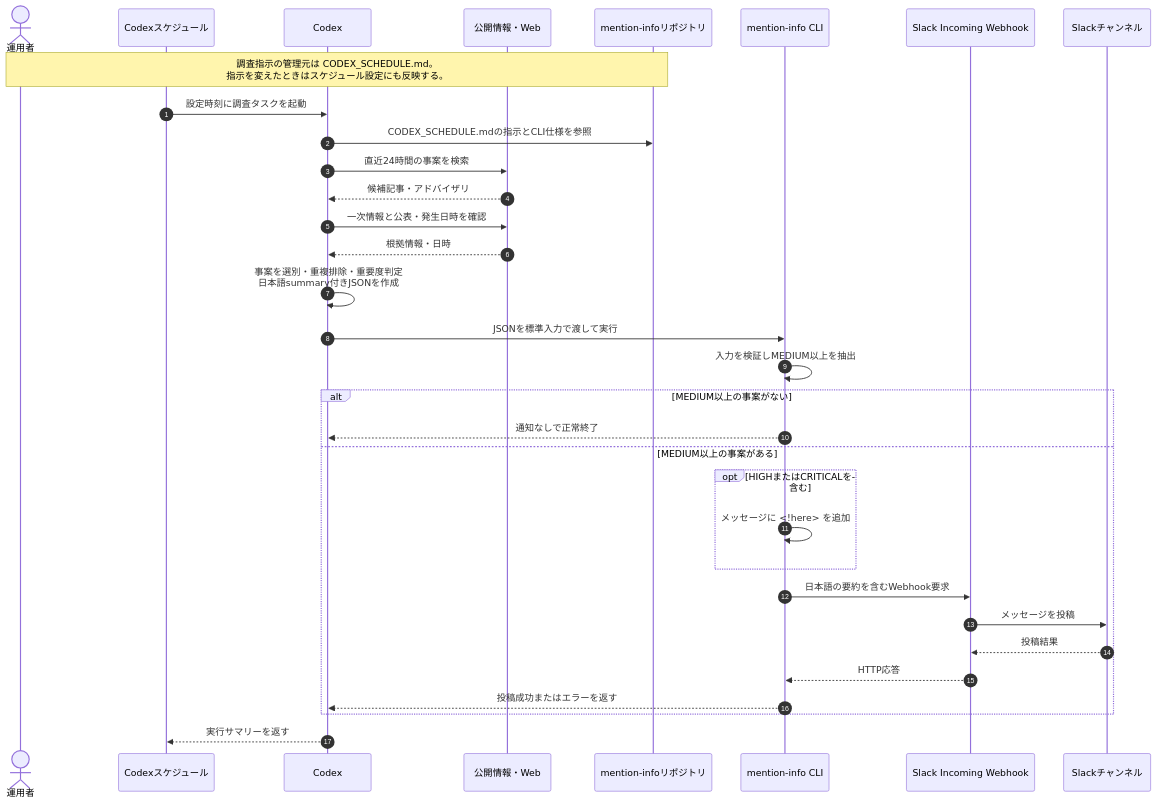
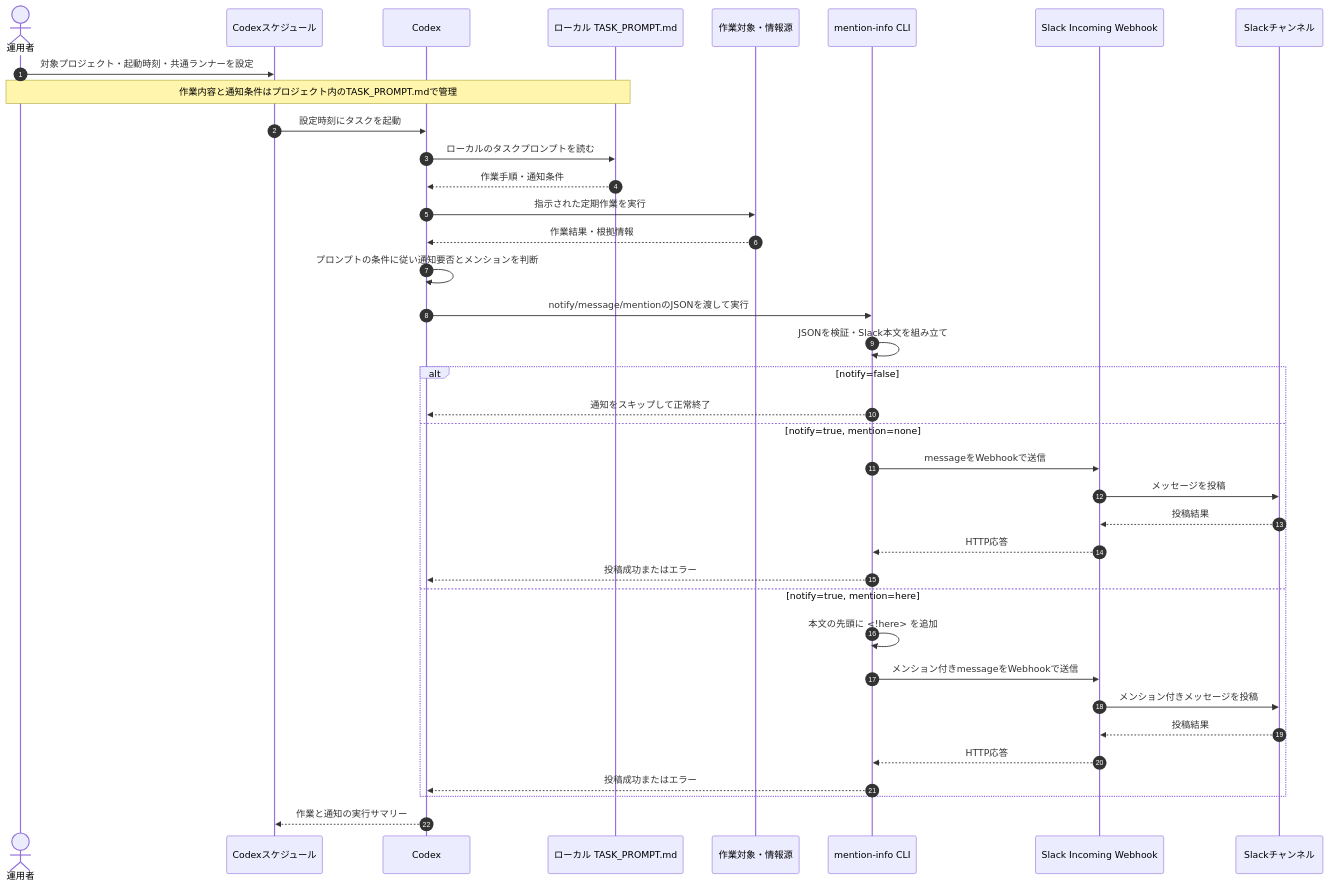
One commit to rchaser53/mention-info changed the diagram in docs/sequence.md. Above: the diagram before and after it, drawn with Mermaid. The commit also changed other lines of this file and 4 other files, not shown here.

Commit message:
generalize scheduled prompt and Slack relay

````diff
--- a/docs/sequence.md
+++ b/docs/sequence.md
@@ -5,36 +5,40 @@
 ```mermaid
 sequenceDiagram
     autonumber
     actor Operator as 運用者
-    participant Scheduler as Codexスケジュール
+    participant Cron as Codexスケジュール
     participant Codex as Codex
-    participant Web as 公開情報・Web
-    participant Repo as mention-infoリポジトリ
+    participant Prompt as ローカル TASK_PROMPT.md
+    participant Work as 作業対象・情報源
     participant CLI as mention-info CLI
     participant Hook as Slack Incoming Webhook
     participant Slack as Slackチャンネル
 
-    Note over Operator,Repo: 調査指示の管理元は CODEX_SCHEDULE.md。<br/>指示を変えたときはスケジュール設定にも反映する。
-    Scheduler->>Codex: 設定時刻に調査タスクを起動
-    Codex->>Repo: CODEX_SCHEDULE.mdの指示とCLI仕様を参照
-    Codex->>Web: 直近24時間の事案を検索
-    Web-->>Codex: 候補記事・アドバイザリ
-    Codex->>Web: 一次情報と公表・発生日時を確認
-    Web-->>Codex: 根拠情報・日時
-    Codex->>Codex: 事案を選別・重複排除・重要度判定<br/>日本語summary付きJSONを作成
-    Codex->>CLI: JSONを標準入力で渡して実行
-    CLI->>CLI: 入力を検証しMEDIUM以上を抽出
-    alt MEDIUM以上の事案がない
-        CLI-->>Codex: 通知なしで正常終了
-    else MEDIUM以上の事案がある
-        opt HIGHまたはCRITICALを含む
-            CLI->>CLI: メッセージに <!here> を追加
-        end
-        CLI->>Hook: 日本語の要約を含むWebhook要求
+    Operator->>Cron: 対象プロジェクト・起動時刻・共通ランナーを設定
+    Note over Operator,Prompt: 作業内容と通知条件はプロジェクト内のTASK_PROMPT.mdで管理
+    Cron->>Codex: 設定時刻にタスクを起動
+    Codex->>Prompt: ローカルのタスクプロンプトを読む
+    Prompt-->>Codex: 作業手順・通知条件
+    Codex->>Work: 指示された定期作業を実行
+    Work-->>Codex: 作業結果・根拠情報
+    Codex->>Codex: プロンプトの条件に従い通知要否とメンションを判断
+    Codex->>CLI: notify/message/mentionのJSONを渡して実行
+    CLI->>CLI: JSONを検証・Slack本文を組み立て
+    alt notify=false
+        CLI-->>Codex: 通知をスキップして正常終了
+    else notify=true, mention=none
+        CLI->>Hook: messageをWebhookで送信
         Hook->>Slack: メッセージを投稿
         Slack-->>Hook: 投稿結果
         Hook-->>CLI: HTTP応答
-        CLI-->>Codex: 投稿成功またはエラーを返す
+        CLI-->>Codex: 投稿成功またはエラー
+    else notify=true, mention=here
+        CLI->>CLI: 本文の先頭に <!here> を追加
+        CLI->>Hook: メンション付きmessageをWebhookで送信
+        Hook->>Slack: メンション付きメッセージを投稿
+        Slack-->>Hook: 投稿結果
+        Hook-->>CLI: HTTP応答
+        CLI-->>Codex: 投稿成功またはエラー
     end
-    Codex-->>Scheduler: 実行サマリーを返す
+    Codex-->>Cron: 作業と通知の実行サマリー
 ```
````
